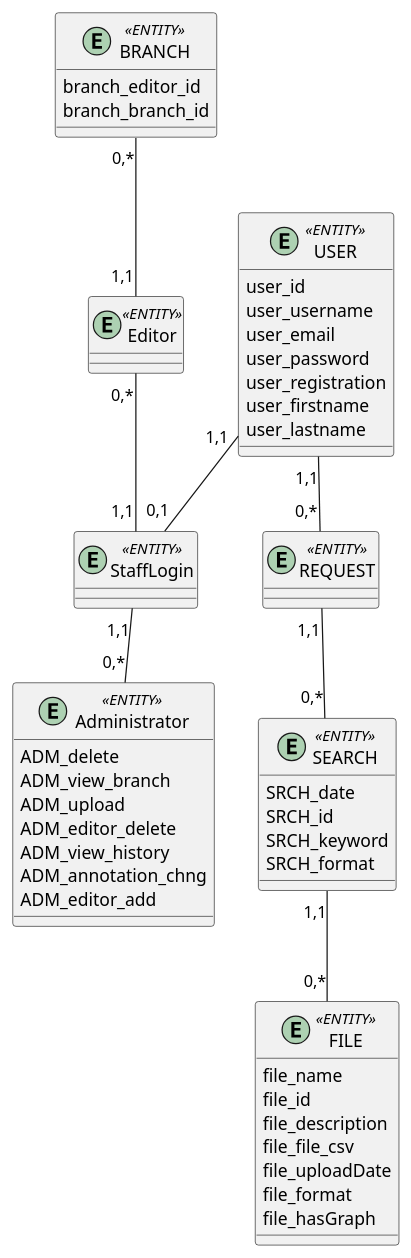
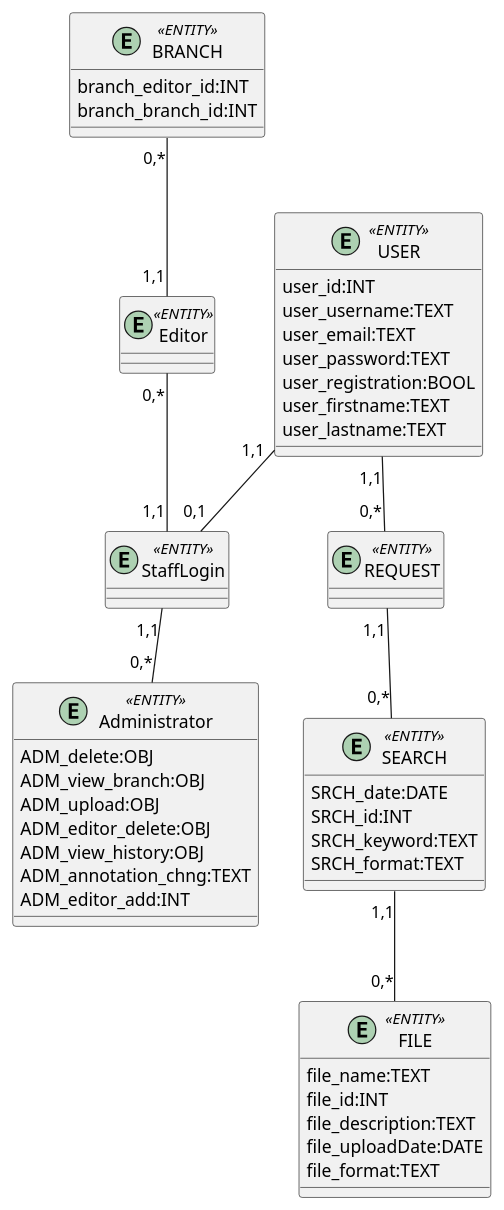
Before and after one commit to ELSheadali/IO-16_open-data-management-system: the second of 2 diagrams in docs/design/README.md, drawn with PlantUML.

```diff
--- a/docs/design/README.md
+++ b/docs/design/README.md
@@ -94,65 +94,61 @@
 @startuml 
 
 entity USER <<ENTITY>>{
-user_id
-user_username
-user_email
-user_password
-user_registration
-user_firstname
-user_lastname
+user_id:INT
+user_username:TEXT
+user_email:TEXT
+user_password:TEXT
+user_registration:BOOL
+user_firstname:TEXT
+user_lastname:TEXT
 }
 
 entity StaffLogin <<ENTITY>>{
 
 }
 
 entity Administrator <<ENTITY>>{
-ADM_delete
-ADM_view_branch
-ADM_upload
-ADM_editor_delete
-ADM_view_history
-ADM_annotation_chng
-ADM_editor_add
+ADM_delete:OBJ
+ADM_view_branch:OBJ
+ADM_upload:OBJ
+ADM_editor_delete:OBJ
+ADM_view_history:OBJ
+ADM_annotation_chng:TEXT
+ADM_editor_add:INT
 }
 
 entity Editor <<ENTITY>>{
 }
 
 entity BRANCH <<ENTITY>> {
-branch_editor_id
-branch_branch_id
+branch_editor_id:INT
+branch_branch_id:INT
 }
 
 entity REQUEST <<ENTITY>>{
 }
 
 entity SEARCH <<ENTITY>>{
-SRCH_date
-SRCH_id
-SRCH_keyword
-SRCH_format
+SRCH_date:DATE
+SRCH_id:INT
+SRCH_keyword:TEXT
+SRCH_format:TEXT
 }
 
 entity FILE <<ENTITY>> {
-file_name
-file_id
-file_description
-file_file_csv
-file_uploadDate
-file_format
-file_hasGraph
+file_name:TEXT
+file_id:INT
+file_description:TEXT
+file_uploadDate:DATE
+file_format:TEXT
 }
-
-
 
 USER"1,1" -- "0,*"REQUEST
 REQUEST"1,1" -- "0,*"SEARCH
 SEARCH"1,1" -- "0,*"FILE
 USER "1,1"--"0,1" StaffLogin
 StaffLogin"1,1" -- "0,*"Administrator
 Editor"0,*" -- "1,1"StaffLogin
 BRANCH"0,*" -- "1,1"Editor
   
 @enduml
```
